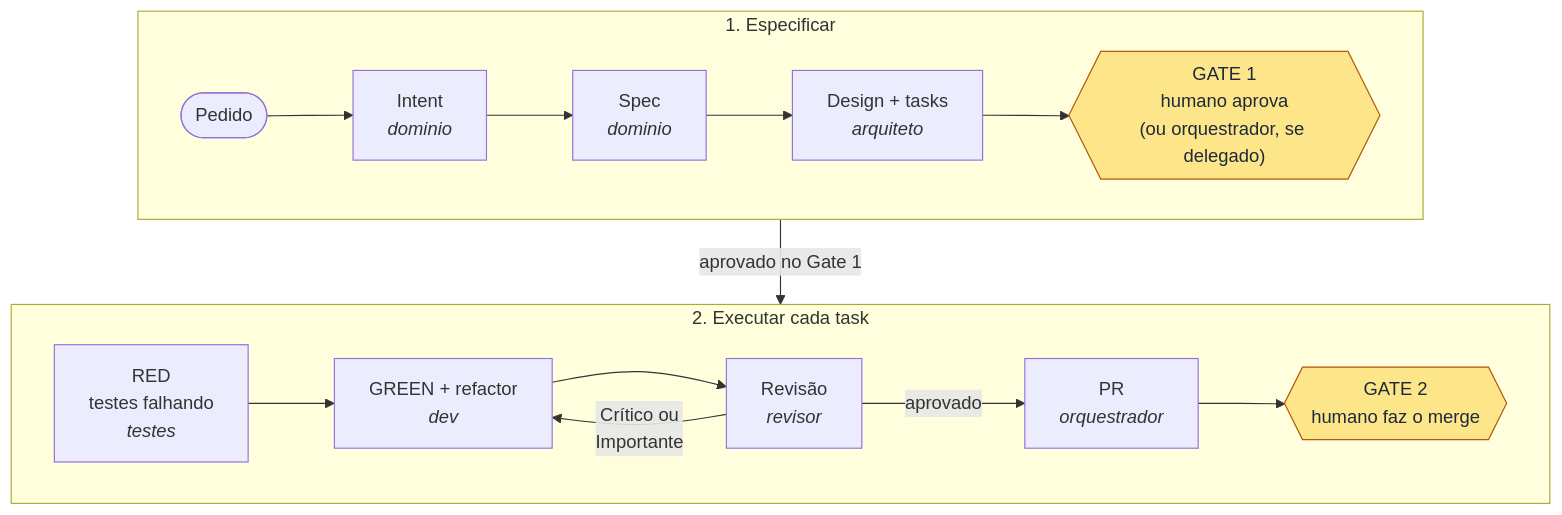
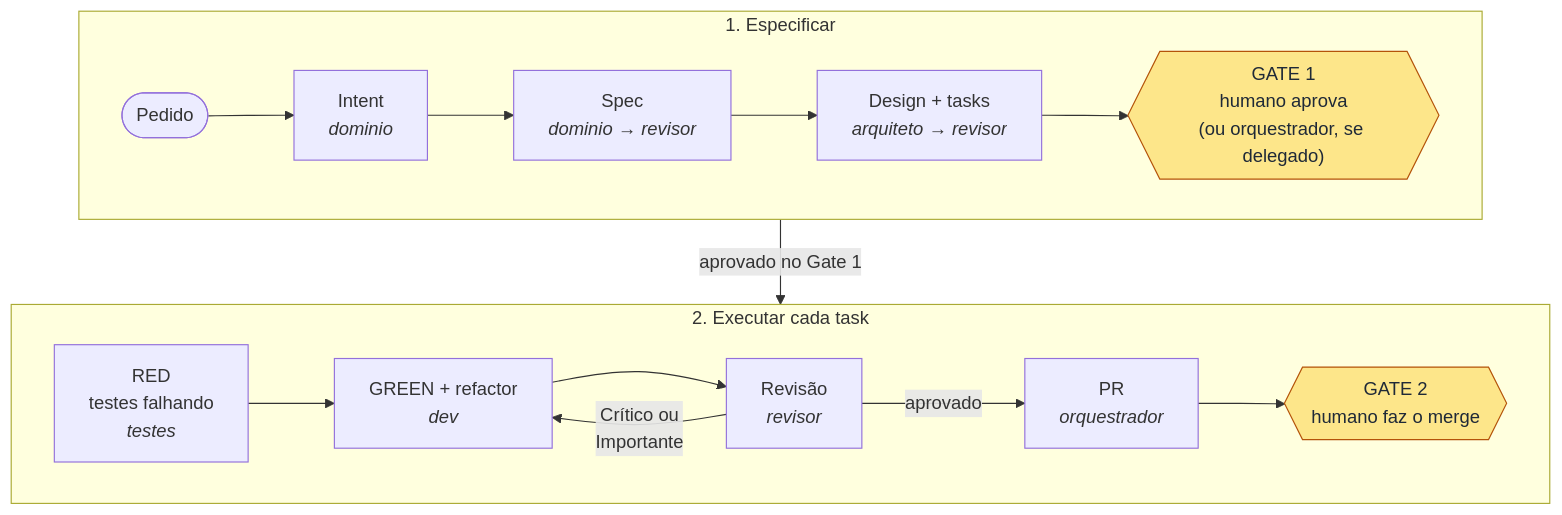
Before and after one commit to PauloCalazans/framework-sdlc-agentico: the diagram in README.md, drawn with Mermaid. The commit also changed other lines of this file and 1 other file, not shown here.

````diff
--- a/README.md
+++ b/README.md
@@ -35,17 +35,17 @@
 ```mermaid
 flowchart TB
     subgraph E1 ["1. Especificar"]
         direction LR
-        P([Pedido]) --> I["Intent<br/><i>dominio</i>"] --> S["Spec<br/><i>dominio</i>"] --> D["Design + tasks<br/><i>arquiteto</i>"] --> G1{{"GATE 1<br/>humano aprova<br/>(ou orquestrador, se delegado)"}}
+        P([Pedido]) --> I["Intent<br/><i>dominio</i>"] --> S["Spec<br/><i>dominio → revisor</i>"] --> D["Design + tasks<br/><i>arquiteto → revisor</i>"] --> G1{{"GATE 1<br/>humano aprova<br/>(ou orquestrador, se delegado)"}}
     end
     subgraph E2 ["2. Executar cada task"]
         direction LR
         R["RED<br/>testes falhando<br/><i>testes</i>"] --> G["GREEN + refactor<br/><i>dev</i>"] --> V["Revisão<br/><i>revisor</i>"]
         V -- "Crítico ou<br/>Importante" --> G
         V -- "aprovado" --> PR["PR<br/><i>orquestrador</i>"] --> G2{{"GATE 2<br/>humano faz o merge"}}
     end
     E1 -- "aprovado no Gate 1" --> E2
 
     classDef humano fill:#fde68a,stroke:#b45309,color:#1f2937
     class G1,G2 humano
 ```
````
